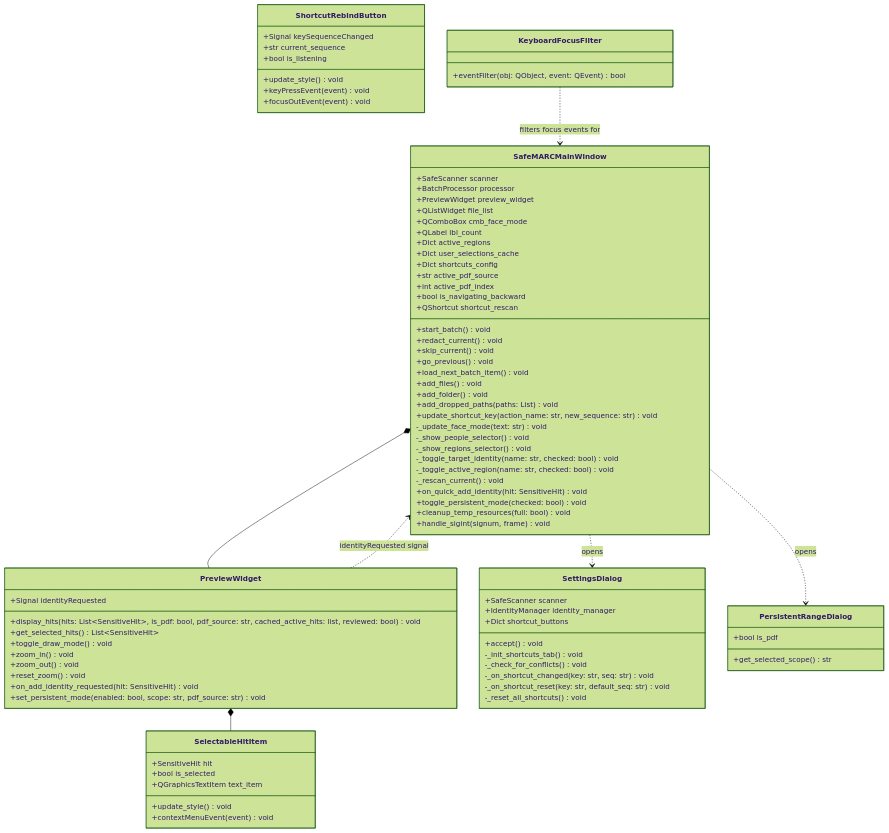
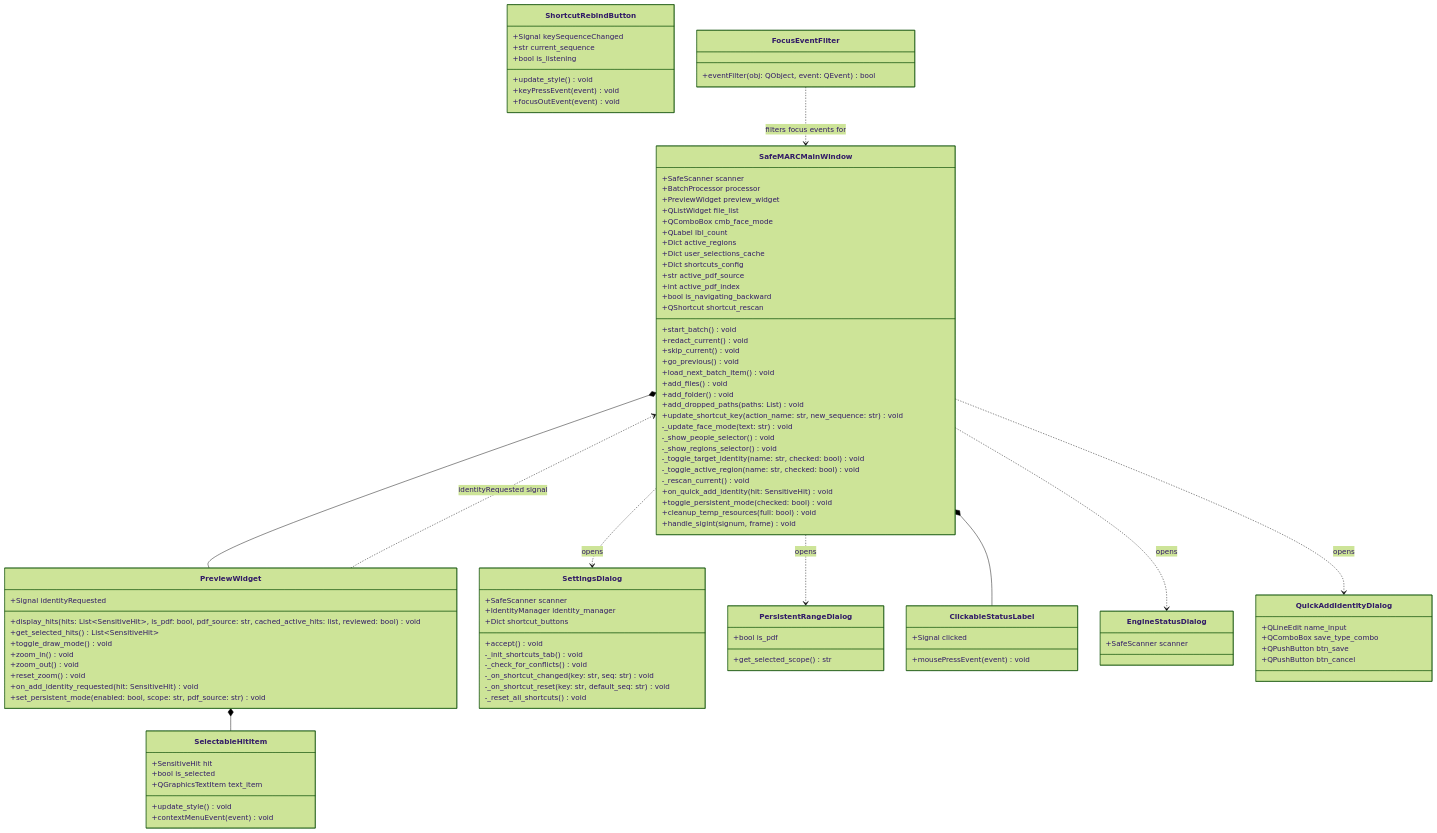
The third of 3 diagrams in docs/architecture/uml_classes.md (FurqanHun/SafeMARC), drawn with Mermaid (forest theme) before and after one commit. The commit also changed 2 other files, not shown here.

Commit message:
docs: update features, class diagrams, and use cases

````diff
--- a/docs/architecture/uml_classes.md
+++ b/docs/architecture/uml_classes.md
@@ -209,14 +209,33 @@
         +get_selected_scope() str
     }
 
-    class KeyboardFocusFilter {
+    class FocusEventFilter {
         +eventFilter(obj: QObject, event: QEvent) bool
     }
 
+    class ClickableStatusLabel {
+        +Signal clicked
+        +mousePressEvent(event) void
+    }
+
+    class EngineStatusDialog {
+        +SafeScanner scanner
+    }
+
+    class QuickAddIdentityDialog {
+        +QLineEdit name_input
+        +QComboBox save_type_combo
+        +QPushButton btn_save
+        +QPushButton btn_cancel
+    }
+
     SafeMARCMainWindow *-- PreviewWidget
+    SafeMARCMainWindow *-- ClickableStatusLabel
     SafeMARCMainWindow ..> SettingsDialog : opens
     SafeMARCMainWindow ..> PersistentRangeDialog : opens
+    SafeMARCMainWindow ..> EngineStatusDialog : opens
+    SafeMARCMainWindow ..> QuickAddIdentityDialog : opens
     PreviewWidget *-- SelectableHitItem
     PreviewWidget ..> SafeMARCMainWindow : identityRequested signal
-    KeyboardFocusFilter ..> SafeMARCMainWindow : filters focus events for
+    FocusEventFilter ..> SafeMARCMainWindow : filters focus events for
 ```
````
